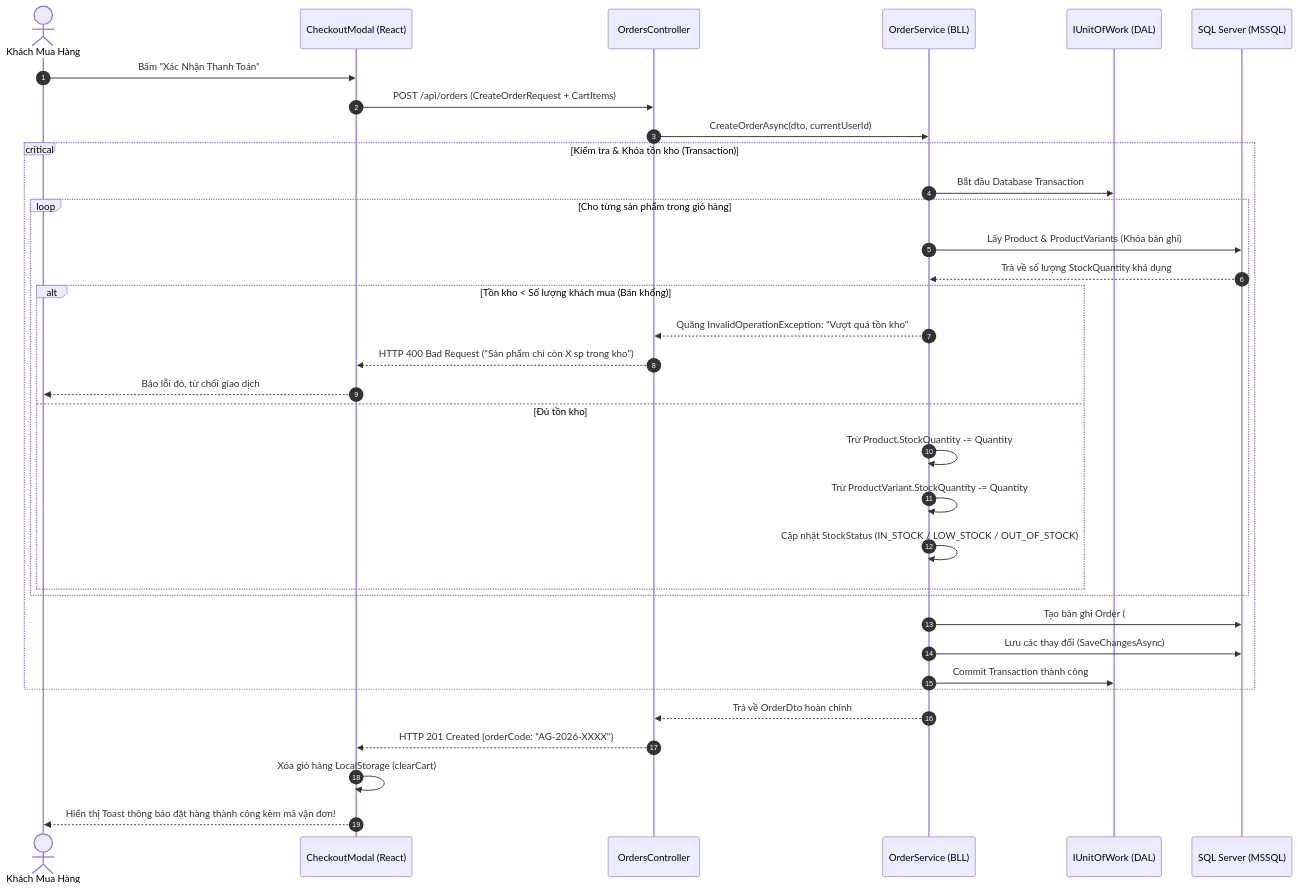
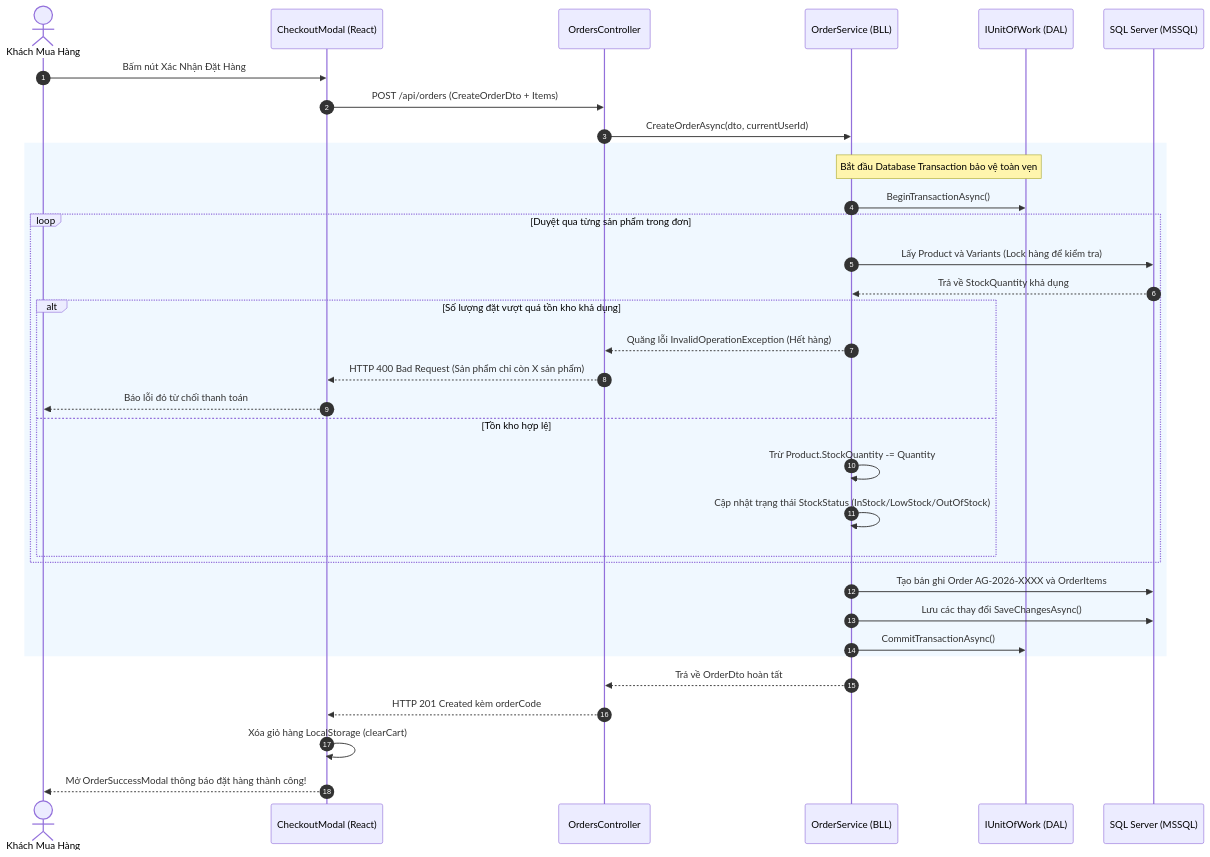
One commit to longthan12334/He-thong-thuong-mai-ien-tu-tich-hop-AI changed diagram 12 of 16 in BAO_CAO_THIET_KE_HE_THONG.md. Above: the diagram before and after it, drawn with Mermaid. The commit also changed other lines of this file, not shown here.

````diff
--- a/BAO_CAO_THIET_KE_HE_THONG.md
+++ b/BAO_CAO_THIET_KE_HE_THONG.md
@@ -458,41 +555,41 @@
 ```mermaid
 sequenceDiagram
     autonumber
     actor Customer as Khách Mua Hàng
     participant Modal as CheckoutModal (React)
     participant OrderAPI as OrdersController
     participant OrderService as OrderService (BLL)
     participant UnitOfWork as IUnitOfWork (DAL)
     participant DB as SQL Server (MSSQL)
 
-    Customer->>Modal: Bấm "Xác Nhận Thanh Toán"
-    Modal->>OrderAPI: POST /api/orders (CreateOrderRequest + CartItems)
+    Customer->>Modal: Bấm nút Xác Nhận Đặt Hàng
+    Modal->>OrderAPI: POST /api/orders (CreateOrderDto + Items)
     OrderAPI->>OrderService: CreateOrderAsync(dto, currentUserId)
     
-    critical Kiểm tra & Khóa tồn kho (Transaction)
-        OrderService->>UnitOfWork: Bắt đầu Database Transaction
-        loop Cho từng sản phẩm trong giỏ hàng
-            OrderService->>DB: Lấy Product & ProductVariants (Khóa bản ghi)
-            DB-->>OrderService: Trả về số lượng StockQuantity khả dụng
+    rect rgb(240, 248, 255)
+        note over OrderService, UnitOfWork: Bắt đầu Database Transaction bảo vệ toàn vẹn
+        OrderService->>UnitOfWork: BeginTransactionAsync()
+        loop Duyệt qua từng sản phẩm trong đơn
+            OrderService->>DB: Lấy Product và Variants (Lock hàng để kiểm tra)
+            DB-->>OrderService: Trả về StockQuantity khả dụng
             
-            alt Tồn kho < Số lượng khách mua (Bán khống)
-                OrderService-->>OrderAPI: Quăng InvalidOperationException: "Vượt quá tồn kho"
-                OrderAPI-->>Modal: HTTP 400 Bad Request ("Sản phẩm chỉ còn X sp trong kho")
-                Modal-->>Customer: Báo lỗi đỏ, từ chối giao dịch
-            else Đủ tồn kho
+            alt Số lượng đặt vượt quá tồn kho khả dụng
+                OrderService-->>OrderAPI: Quăng lỗi InvalidOperationException (Hết hàng)
+                OrderAPI-->>Modal: HTTP 400 Bad Request (Sản phẩm chỉ còn X sản phẩm)
+                Modal-->>Customer: Báo lỗi đỏ từ chối thanh toán
+            else Tồn kho hợp lệ
                 OrderService->>OrderService: Trừ Product.StockQuantity -= Quantity
-                OrderService->>OrderService: Trừ ProductVariant.StockQuantity -= Quantity
-                OrderService->>OrderService: Cập nhật StockStatus (IN_STOCK / LOW_STOCK / OUT_OF_STOCK)
+                OrderService->>OrderService: Cập nhật trạng thái StockStatus (InStock/LowStock/OutOfStock)
             end
         end
 
-        OrderService->>DB: Tạo bản ghi Order (#AG-2026-XXXX) & OrderItems
-        OrderService->>DB: Lưu các thay đổi (SaveChangesAsync)
-        OrderService->>UnitOfWork: Commit Transaction thành công
+        OrderService->>DB: Tạo bản ghi Order AG-2026-XXXX và OrderItems
+        OrderService->>DB: Lưu các thay đổi SaveChangesAsync()
+        OrderService->>UnitOfWork: CommitTransactionAsync()
     end
 
-    OrderService-->>OrderAPI: Trả về OrderDto hoàn chỉnh
-    OrderAPI-->>Modal: HTTP 201 Created {orderCode: "AG-2026-XXXX"}
+    OrderService-->>OrderAPI: Trả về OrderDto hoàn tất
+    OrderAPI-->>Modal: HTTP 201 Created kèm orderCode
     Modal->>Modal: Xóa giỏ hàng LocalStorage (clearCart)
-    Modal-->>Customer: Hiển thị Toast thông báo đặt hàng thành công kèm mã vận đơn!
+    Modal-->>Customer: Mở OrderSuccessModal thông báo đặt hàng thành công!
 ```
````
